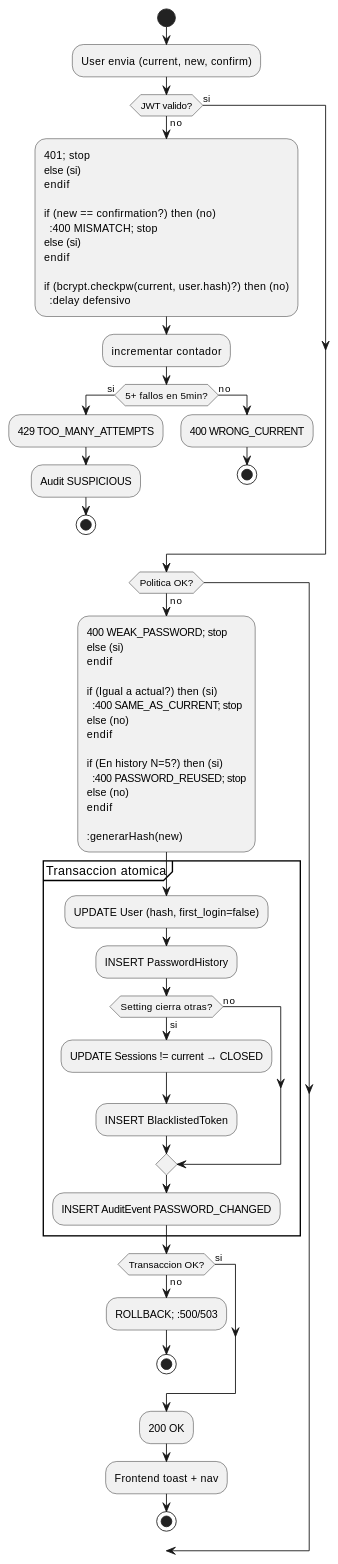
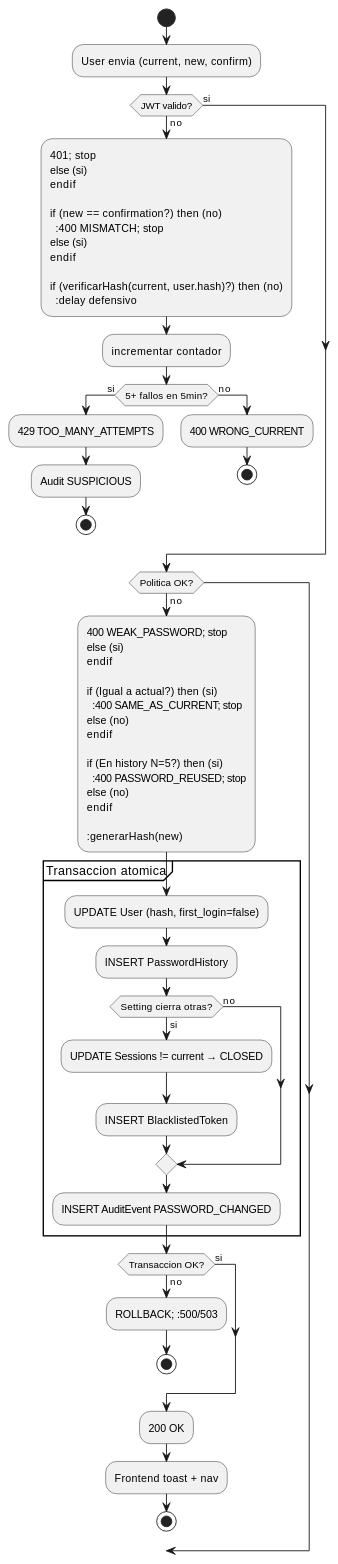
One commit to jcg-admin/IACT-docs changed the third of 4 diagrams in source/requisitos/casos-uso/auth/uc-auth-04/diagramas-uml.rst. Above: the diagram before and after it, drawn with PlantUML. The commit also changed other lines of this file and 21 other files, not shown here.

```diff
--- a/source/requisitos/casos-uso/auth/uc-auth-04/diagramas-uml.rst
+++ b/source/requisitos/casos-uso/auth/uc-auth-04/diagramas-uml.rst
@@ -108,73 +108,73 @@
 .. uml::
  :caption: UC_AUTH_04 — actividad
 
  @startuml
 
  start
 
  :User envia (current, new, confirm);
 
  if (JWT valido?) then (no)
    :401; stop
  else (si)
  endif
 
  if (new == confirmation?) then (no)
    :400 MISMATCH; stop
  else (si)
  endif
 
- if (bcrypt.checkpw(current, user.hash)?) then (no)
+ if (verificarHash(current, user.hash)?) then (no)
    :delay defensivo;
    :incrementar contador;
    if (5+ fallos en 5min?) then (si)
      :429 TOO_MANY_ATTEMPTS;
      :Audit SUSPICIOUS;
      stop
    else (no)
      :400 WRONG_CURRENT;
      stop
    endif
  else (si)
  endif
 
  if (Politica OK?) then (no)
    :400 WEAK_PASSWORD; stop
  else (si)
  endif
 
  if (Igual a actual?) then (si)
    :400 SAME_AS_CURRENT; stop
  else (no)
  endif
 
  if (En history N=5?) then (si)
    :400 PASSWORD_REUSED; stop
  else (no)
  endif
 
  :generarHash(new);
 
  partition "Transaccion atomica" {
    :UPDATE User (hash, first_login=false);
    :INSERT PasswordHistory;
    if (Setting cierra otras?) then (si)
      :UPDATE Sessions != current → CLOSED;
      :INSERT BlacklistedToken;
    else (no)
    endif
    :INSERT AuditEvent PASSWORD_CHANGED;
  }
 
  if (Transaccion OK?) then (no)
    :ROLLBACK; :500/503;
    stop
  else (si)
  endif
 
  :200 OK;
  :Frontend toast + nav;
 
  stop
 
  @enduml
```
